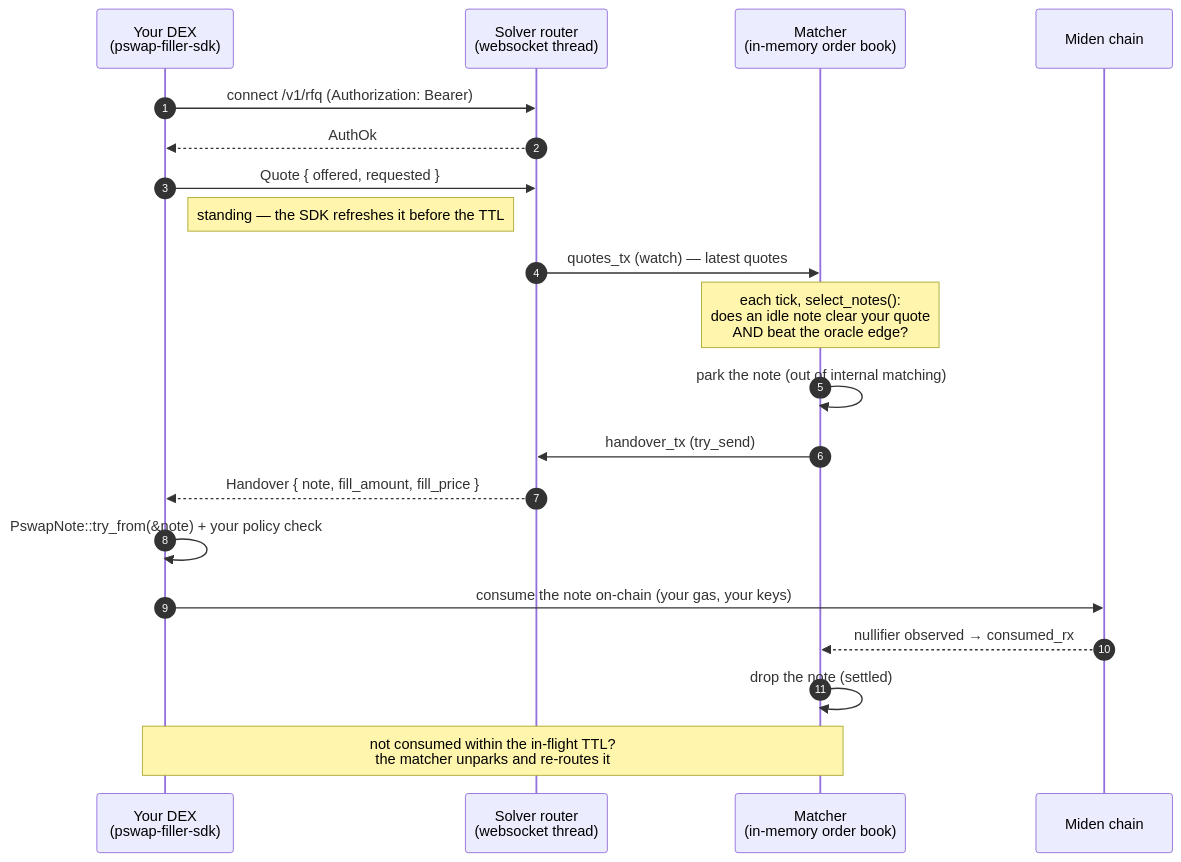
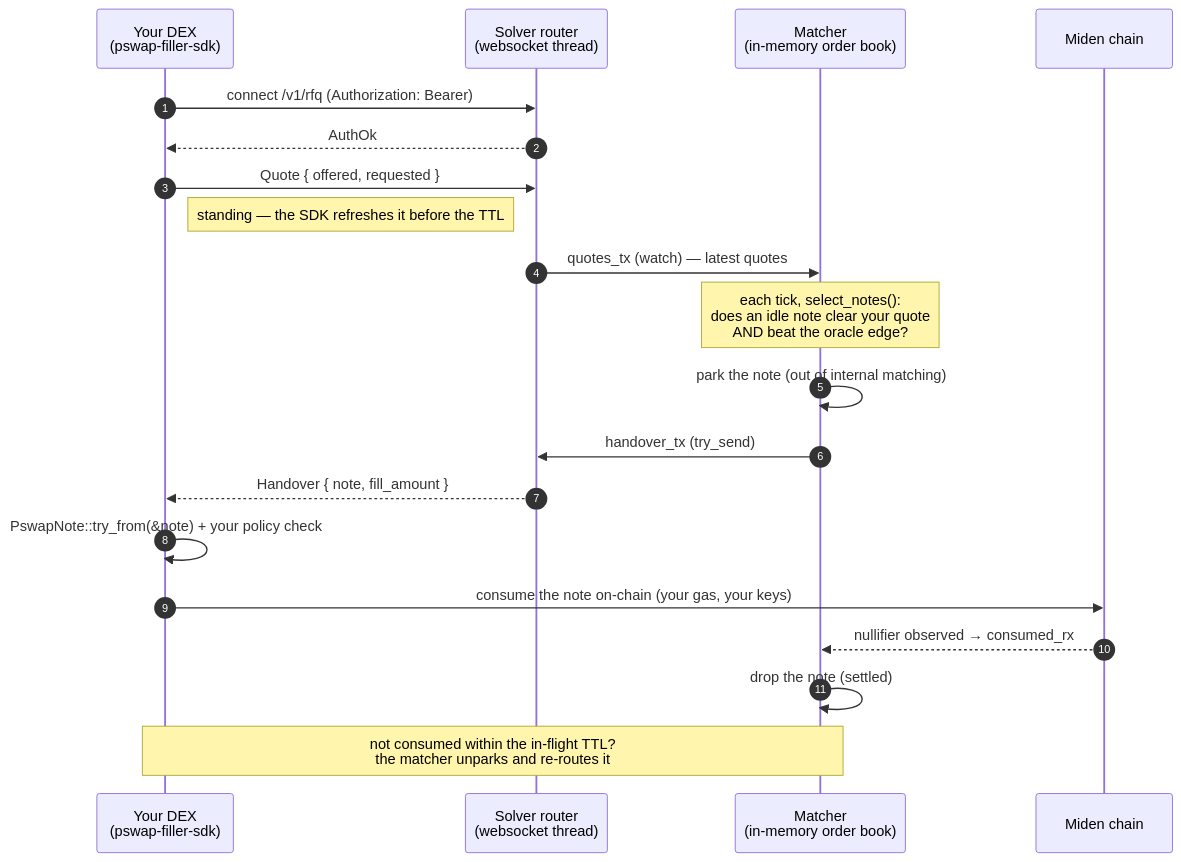
One commit to inicio-labs/solver changed the diagram in crates/filler-sdk/README.md. Above: the diagram before and after it, drawn with Mermaid. The commit also changed other lines of this file and 5 other files, not shown here.

First line of the commit message:
filler-sdk: drop fill_price from Handover (PR #6 review :48)

````diff
--- a/crates/filler-sdk/README.md
+++ b/crates/filler-sdk/README.md
@@ -25,23 +25,23 @@
 ```mermaid
 sequenceDiagram
     autonumber
     participant D as Your DEX<br/>(pswap-filler-sdk)
     participant R as Solver router<br/>(websocket thread)
     participant M as Matcher<br/>(in-memory order book)
     participant C as Miden chain
 
     D->>R: connect /v1/rfq (Authorization: Bearer)
     R-->>D: AuthOk
     D->>R: Quote { offered, requested }
     Note right of D: standing — the SDK refreshes it before the TTL
     R->>M: quotes_tx (watch) — latest quotes
     Note over M: each tick, select_notes():<br/>does an idle note clear your quote<br/>AND beat the oracle edge?
     M->>M: park the note (out of internal matching)
     M->>R: handover_tx (try_send)
-    R-->>D: Handover { note, fill_amount, fill_price }
+    R-->>D: Handover { note, fill_amount }
     D->>D: PswapNote::try_from(&note) + your policy check
     D->>C: consume the note on-chain (your gas, your keys)
     C-->>M: nullifier observed → consumed_rx
     M->>M: drop the note (settled)
     Note over D,M: not consumed within the in-flight TTL?<br/>the matcher unparks and re-routes it
 ```
````
